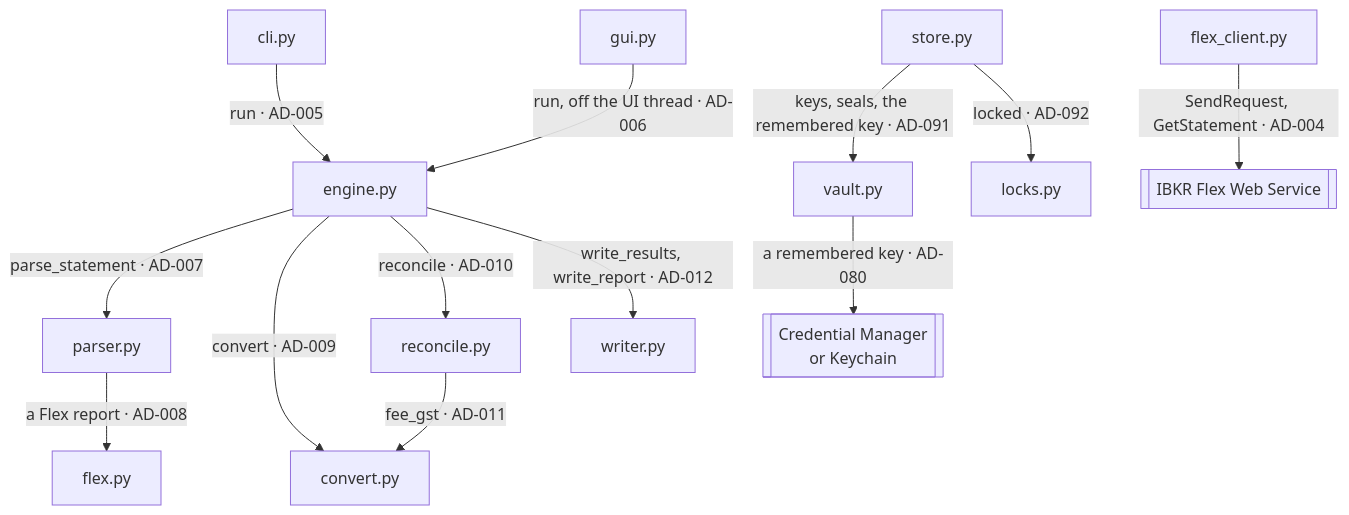
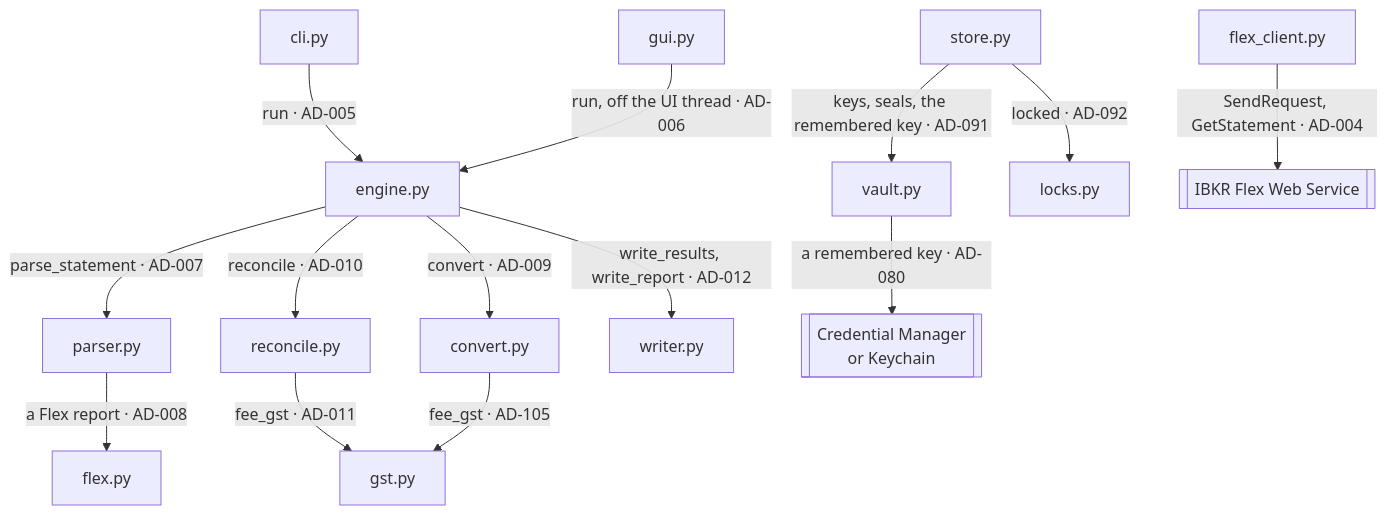
Before and after one commit to skoulik/IBKR-to-Xero: the second of 2 diagrams in ARCHITECTURE.md, drawn with Mermaid. The commit also changed other lines of this file and 7 other files, not shown here.

````diff
--- a/ARCHITECTURE.md
+++ b/ARCHITECTURE.md
@@ -81,30 +81,32 @@
 ```mermaid
 flowchart TD
     cli["cli.py"]
     gui["gui.py"]
     engine["engine.py"]
     parser["parser.py"]
     flex["flex.py"]
     convert["convert.py"]
     reconcile["reconcile.py"]
     writer["writer.py"]
+    gst["gst.py"]
     client["flex_client.py"]
     store["store.py"]
     vault["vault.py"]
     locks["locks.py"]
     ibkr[["IBKR Flex Web Service"]]
     creds[["Credential Manager<br/>or Keychain"]]
 
     cli -->|run · AD-005| engine
     gui -->|run, off the UI thread · AD-006| engine
     engine -->|parse_statement · AD-007| parser
     parser -->|a Flex report · AD-008| flex
     engine -->|convert · AD-009| convert
     engine -->|reconcile · AD-010| reconcile
-    reconcile -->|fee_gst · AD-011| convert
+    reconcile -->|fee_gst · AD-011| gst
+    convert -->|fee_gst · AD-105| gst
     engine -->|write_results, write_report · AD-012| writer
     client -->|SendRequest, GetStatement · AD-004| ibkr
     vault -->|a remembered key · AD-080| creds
     store -->|keys, seals, the remembered key · AD-091| vault
     store -->|locked · AD-092| locks
 ```
````
